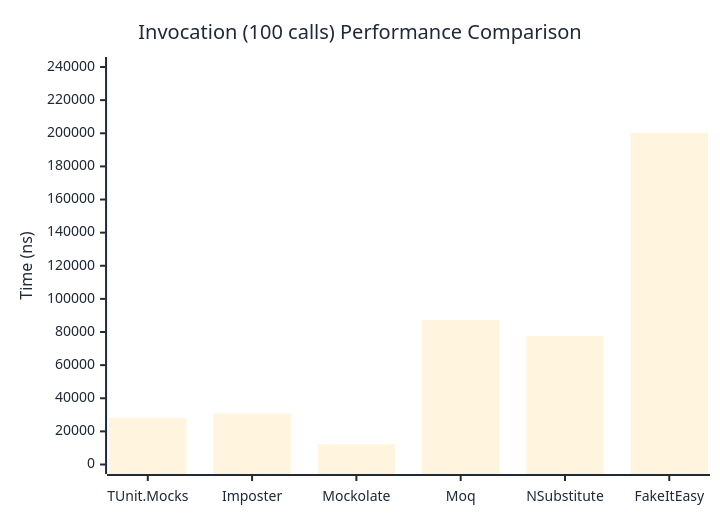
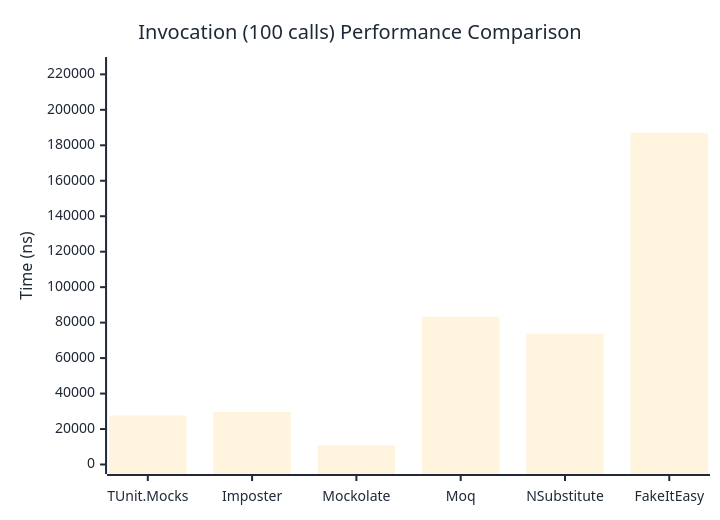
Before and after one commit to thomhurst/TUnit: the third of 3 diagrams in docs/docs/benchmarks/mocks/Invocation.md, drawn with Mermaid. The commit also changed other lines of this file and 14 other files, not shown here.

````diff
--- a/docs/docs/benchmarks/mocks/Invocation.md
+++ b/docs/docs/benchmarks/mocks/Invocation.md
@@ -112,27 +112,27 @@
 ```mermaid
 %%{init: {
   'theme':'base',
   'themeVariables': {
     'primaryColor': '#2563eb',
     'primaryTextColor': '#1f2937',
     'primaryBorderColor': '#1e40af',
     'lineColor': '#6b7280',
     'secondaryColor': '#7c3aed',
     'tertiaryColor': '#dc2626',
     'background': '#ffffff',
     'pie1': '#2563eb',
     'pie2': '#7c3aed',
     'pie3': '#dc2626',
     'pie4': '#f59e0b',
     'pie5': '#10b981',
     'pie6': '#06b6d4',
     'pie7': '#ec4899',
     'pie8': '#6366f1'
   }
 }}%%
 xychart-beta
   title "Invocation (100 calls) Performance Comparison"
   x-axis ["TUnit.Mocks", "Imposter", "Mockolate", "Moq", "NSubstitute", "FakeItEasy"]
-  y-axis "Time (ns)" 0 --> 240319
-  bar [28152.4, 30798.3, 12202, 87315.3, 77588.1, 200265.8]
+  y-axis "Time (ns)" 0 --> 224426
+  bar [27607.94, 29556.93, 10839.91, 83335.71, 73719.05, 187021.19]
 ```
````
